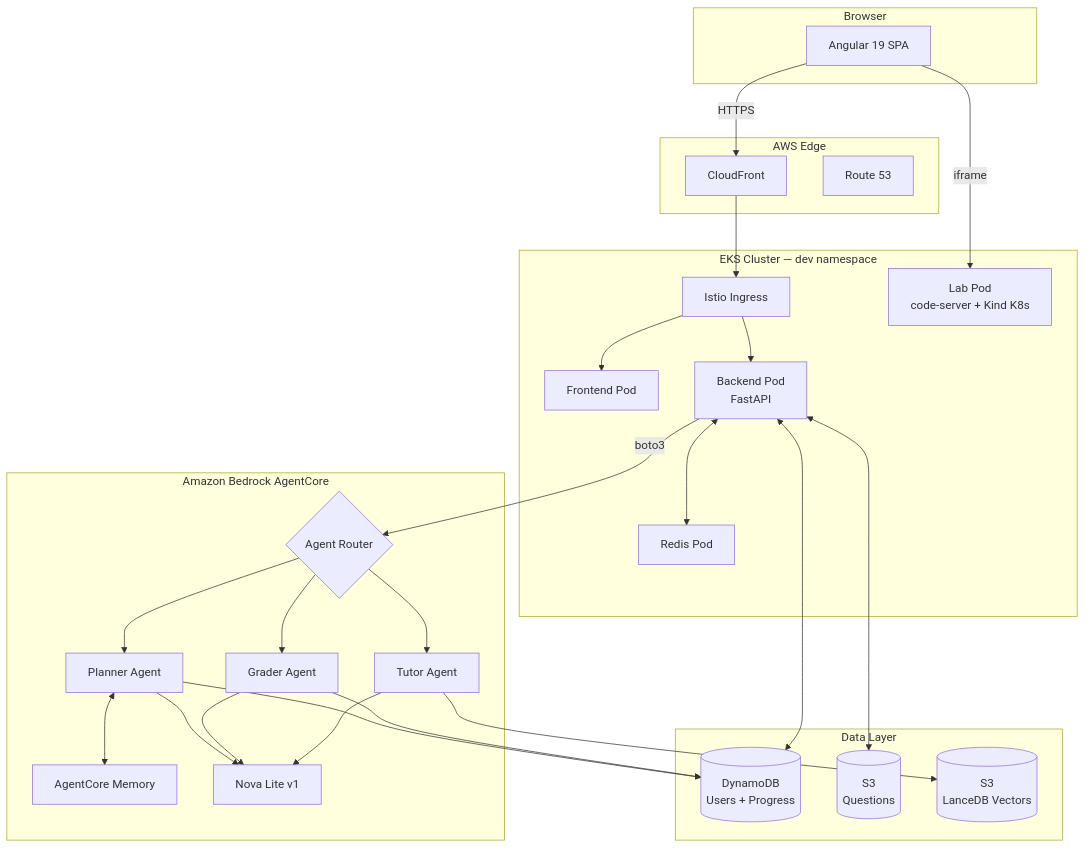
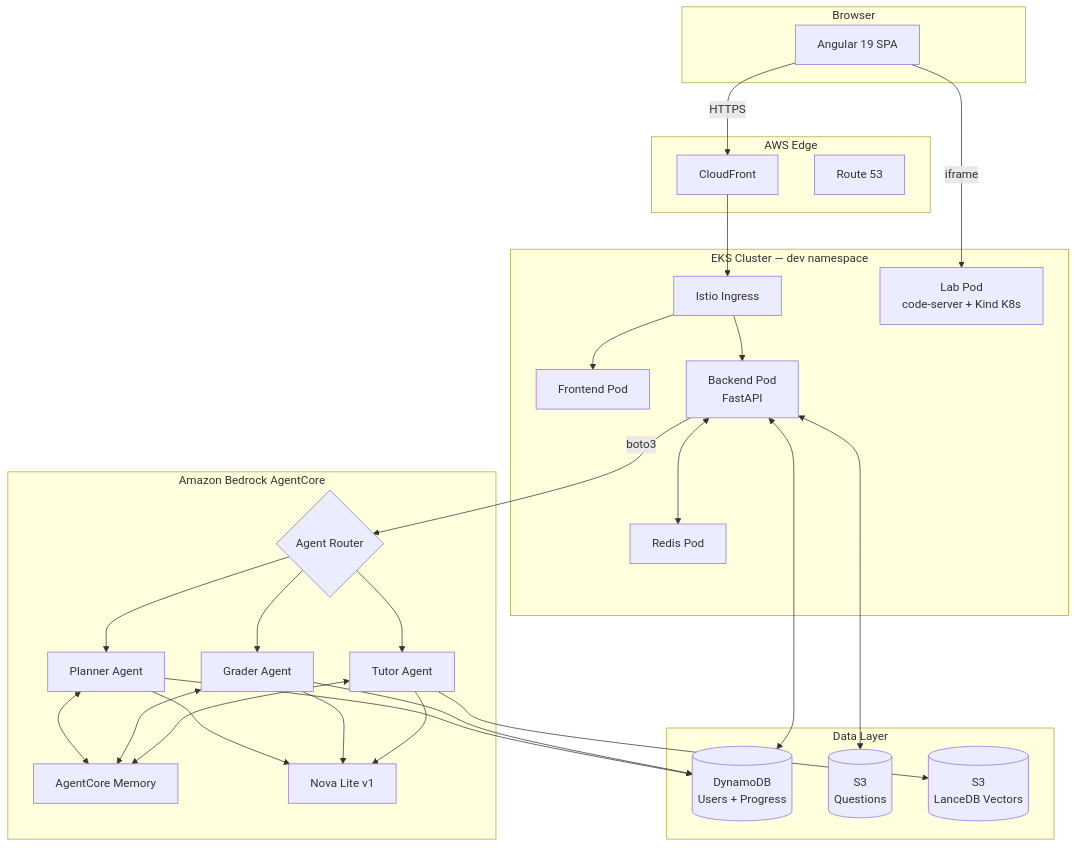
Before and after one commit to mohamedsorour1998/RosettaCloud: the second of 6 diagrams in README.md, drawn with Mermaid. The commit also changed other lines of this file, not shown here.

First line of the commit message:
fix: correct factual inaccuracies in README architecture diagrams

````diff
--- a/README.md
+++ b/README.md
@@ -123,51 +123,51 @@
 ```mermaid
 graph TB
     subgraph Client["Browser"]
         UI[Angular 19 SPA]
     end
 
     subgraph CDN["AWS Edge"]
         CF[CloudFront]
         R53[Route 53]
     end
 
     subgraph K8S["EKS Cluster — dev namespace"]
         Istio[Istio Ingress]
         FE[Frontend Pod]
         BE[Backend Pod<br/>FastAPI]
         Redis[Redis Pod]
         Lab[Lab Pod<br/>code-server + Kind K8s]
     end
 
     subgraph AI["Amazon Bedrock AgentCore"]
         Router{Agent Router}
         Tutor[Tutor Agent]
         Grader[Grader Agent]
         Planner[Planner Agent]
         Memory[AgentCore Memory]
         Nova[Nova Lite v1]
     end
 
     subgraph Data["Data Layer"]
         DDB[(DynamoDB<br/>Users + Progress)]
         S3Q[(S3<br/>Questions)]
         S3V[(S3<br/>LanceDB Vectors)]
     end
 
     UI -->|HTTPS| CF
     CF --> Istio
     Istio --> FE
     Istio --> BE
     BE -->|boto3| Router
     BE <--> Redis
     BE <--> DDB
     BE <--> S3Q
     Router --> Tutor
     Router --> Grader
     Router --> Planner
     Tutor & Grader & Planner --> Nova
     Tutor --> S3V
     Grader & Planner --> DDB
-    Planner <--> Memory
+    Tutor & Grader & Planner <--> Memory
     UI -->|iframe| Lab
 ```
````
